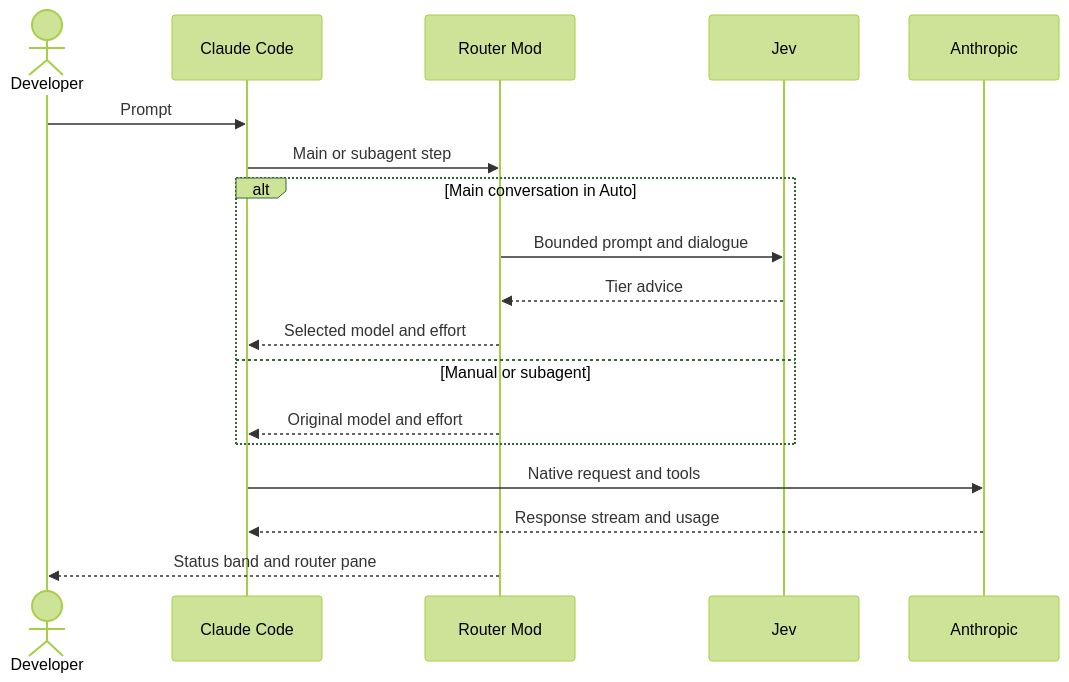
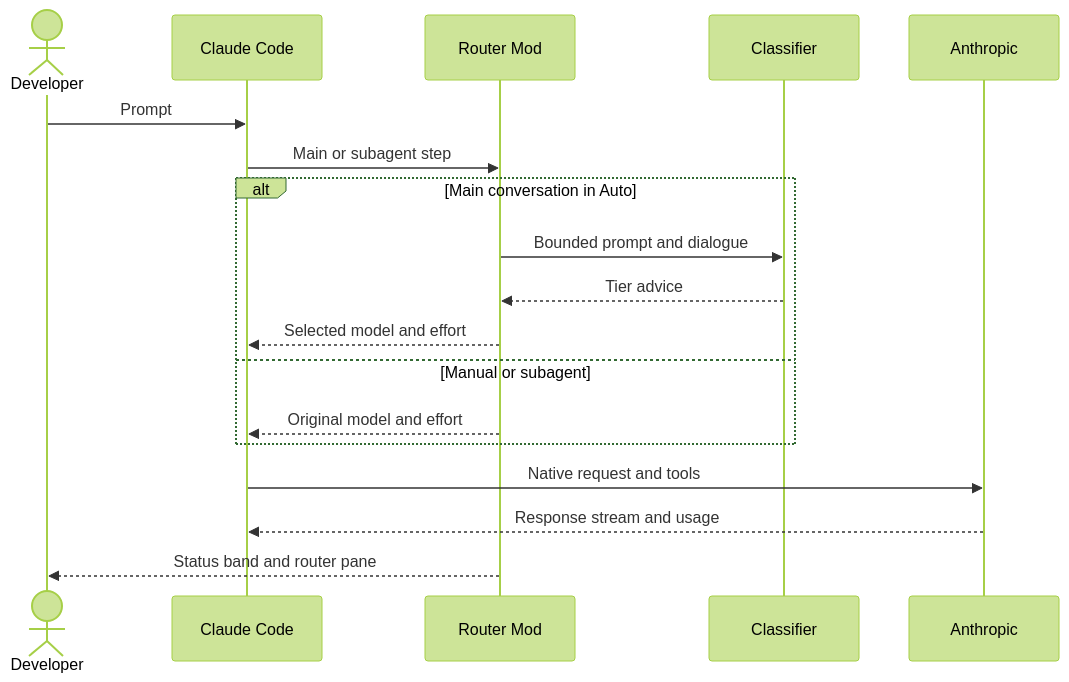
One commit to alexei-led/claude-router changed the diagram in README.md. Above: the diagram before and after it, drawn with Mermaid (forest theme). The commit also changed other lines of this file and 31 other files, not shown here.

````diff
--- a/README.md
+++ b/README.md
@@ -18,20 +18,20 @@
 ```mermaid
 sequenceDiagram
   actor Dev as Developer
   participant Code as Claude Code
   participant Mod as Router Mod
-  participant Jev
+  participant Cls as Classifier
   participant API as Anthropic
   Dev->>Code: Prompt
   Code->>Mod: Main or subagent step
   alt Main conversation in Auto
-    Mod->>Jev: Bounded prompt and dialogue
-    Jev-->>Mod: Tier advice
+    Mod->>Cls: Bounded prompt and dialogue
+    Cls-->>Mod: Tier advice
     Mod-->>Code: Selected model and effort
   else Manual or subagent
     Mod-->>Code: Original model and effort
   end
   Code->>API: Native request and tools
   API-->>Code: Response stream and usage
   Mod-->>Dev: Status band and router pane
 ```
````
